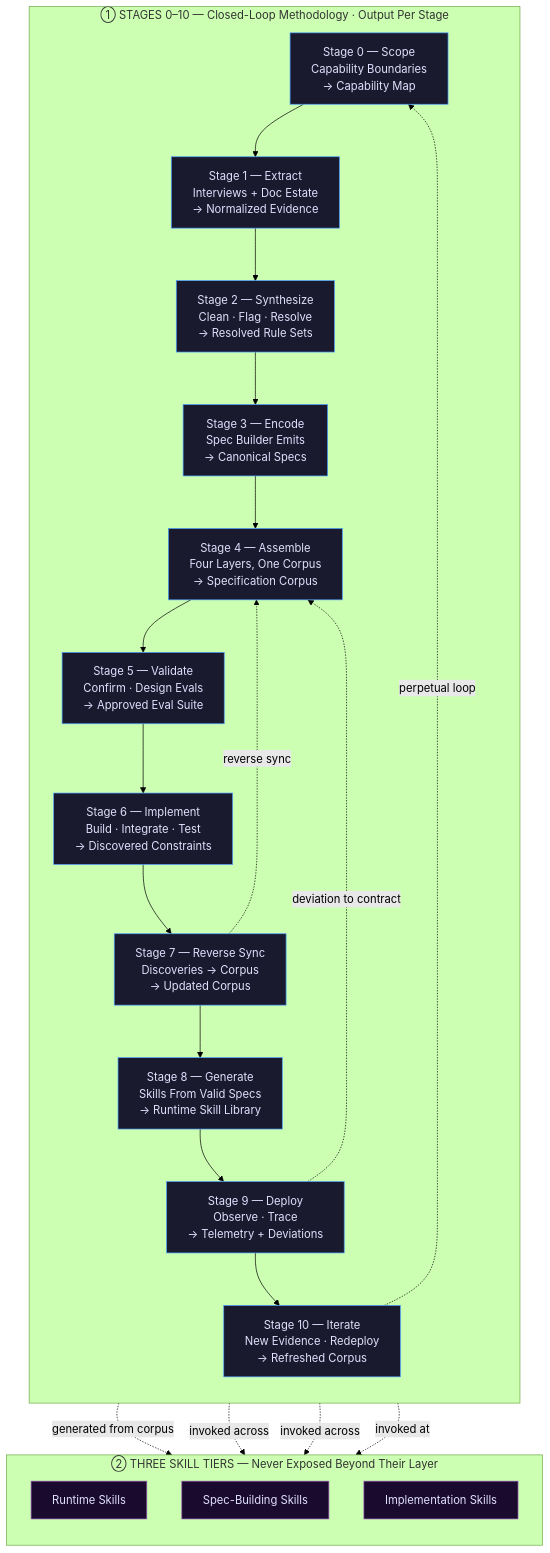
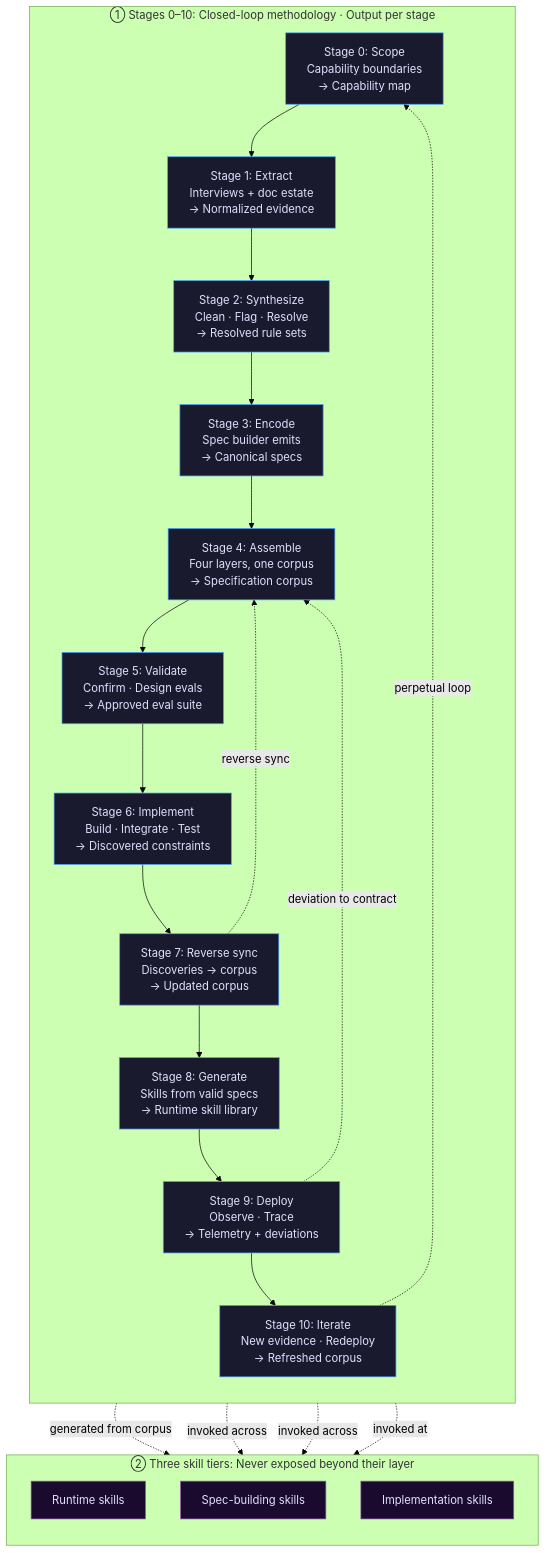
The second of 12 diagrams in README.md (bryancalabro/bryancalabro), drawn with Mermaid (forest theme) before and after one commit. The commit also changed other lines of this file and 1 other file, not shown here.

First line of the commit message:
Profile: generated diagrams and recent apps, sentence case, no em dashes

````diff
--- a/README.md
+++ b/README.md
@@ -104,39 +117,39 @@
 ```mermaid
 flowchart TD
-    subgraph LOOP["① STAGES 0–10 — Closed-Loop Methodology · Output Per Stage"]
+    subgraph LOOP["① Stages 0–10: Closed-loop methodology · Output per stage"]
         direction TB
-        S0["Stage 0 — Scope<br/>Capability Boundaries<br/>→ Capability Map"]
-        S1["Stage 1 — Extract<br/>Interviews + Doc Estate<br/>→ Normalized Evidence"]
-        S2["Stage 2 — Synthesize<br/>Clean · Flag · Resolve<br/>→ Resolved Rule Sets"]
-        S3["Stage 3 — Encode<br/>Spec Builder Emits<br/>→ Canonical Specs"]
-        S4["Stage 4 — Assemble<br/>Four Layers, One Corpus<br/>→ Specification Corpus"]
-        S5["Stage 5 — Validate<br/>Confirm · Design Evals<br/>→ Approved Eval Suite"]
-        S6["Stage 6 — Implement<br/>Build · Integrate · Test<br/>→ Discovered Constraints"]
-        S7["Stage 7 — Reverse Sync<br/>Discoveries → Corpus<br/>→ Updated Corpus"]
-        S8["Stage 8 — Generate<br/>Skills From Valid Specs<br/>→ Runtime Skill Library"]
-        S9["Stage 9 — Deploy<br/>Observe · Trace<br/>→ Telemetry + Deviations"]
-        S10["Stage 10 — Iterate<br/>New Evidence · Redeploy<br/>→ Refreshed Corpus"]
+        S0["Stage 0: Scope<br/>Capability boundaries<br/>→ Capability map"]
+        S1["Stage 1: Extract<br/>Interviews + doc estate<br/>→ Normalized evidence"]
+        S2["Stage 2: Synthesize<br/>Clean · Flag · Resolve<br/>→ Resolved rule sets"]
+        S3["Stage 3: Encode<br/>Spec builder emits<br/>→ Canonical specs"]
+        S4["Stage 4: Assemble<br/>Four layers, one corpus<br/>→ Specification corpus"]
+        S5["Stage 5: Validate<br/>Confirm · Design evals<br/>→ Approved eval suite"]
+        S6["Stage 6: Implement<br/>Build · Integrate · Test<br/>→ Discovered constraints"]
+        S7["Stage 7: Reverse sync<br/>Discoveries → corpus<br/>→ Updated corpus"]
+        S8["Stage 8: Generate<br/>Skills from valid specs<br/>→ Runtime skill library"]
+        S9["Stage 9: Deploy<br/>Observe · Trace<br/>→ Telemetry + deviations"]
+        S10["Stage 10: Iterate<br/>New evidence · Redeploy<br/>→ Refreshed corpus"]
         S0 --> S1 --> S2 --> S3 --> S4 --> S5 --> S6 --> S7 --> S8 --> S9 --> S10
         S7 -.->|reverse sync| S4
         S9 -.->|deviation to contract| S4
         S10 -.->|perpetual loop| S0
     end
 
-    subgraph TIERS["② THREE SKILL TIERS — Never Exposed Beyond Their Layer"]
+    subgraph TIERS["② Three skill tiers: Never exposed beyond their layer"]
         direction TB
-        RT[Runtime Skills]
-        SB[Spec-Building Skills]
-        IM[Implementation Skills]
+        RT[Runtime skills]
+        SB[Spec-building skills]
+        IM[Implementation skills]
     end
 
     S8 -.->|generated from corpus| RT
     S2 -.->|invoked across| SB
     S7 -.->|invoked across| SB
     S6 -.->|invoked at| IM
 
     classDef loopStyle fill:#1a1a2e,stroke:#4a9eff,color:#e0e0ff
     classDef tierStyle fill:#1a0a2e,stroke:#9b59b6,color:#e0e0ff
 
     class S0,S1,S2,S3,S4,S5,S6,S7,S8,S9,S10 loopStyle
     class RT,SB,IM tierStyle
 ```
````
